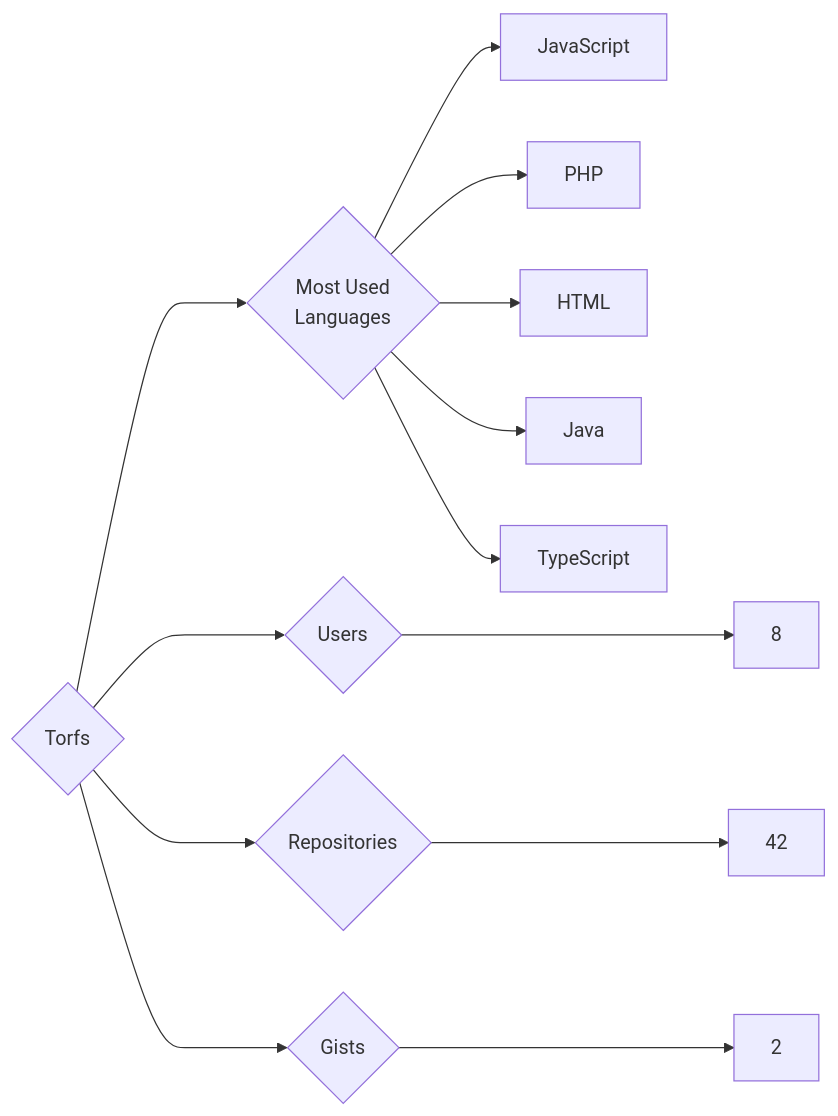
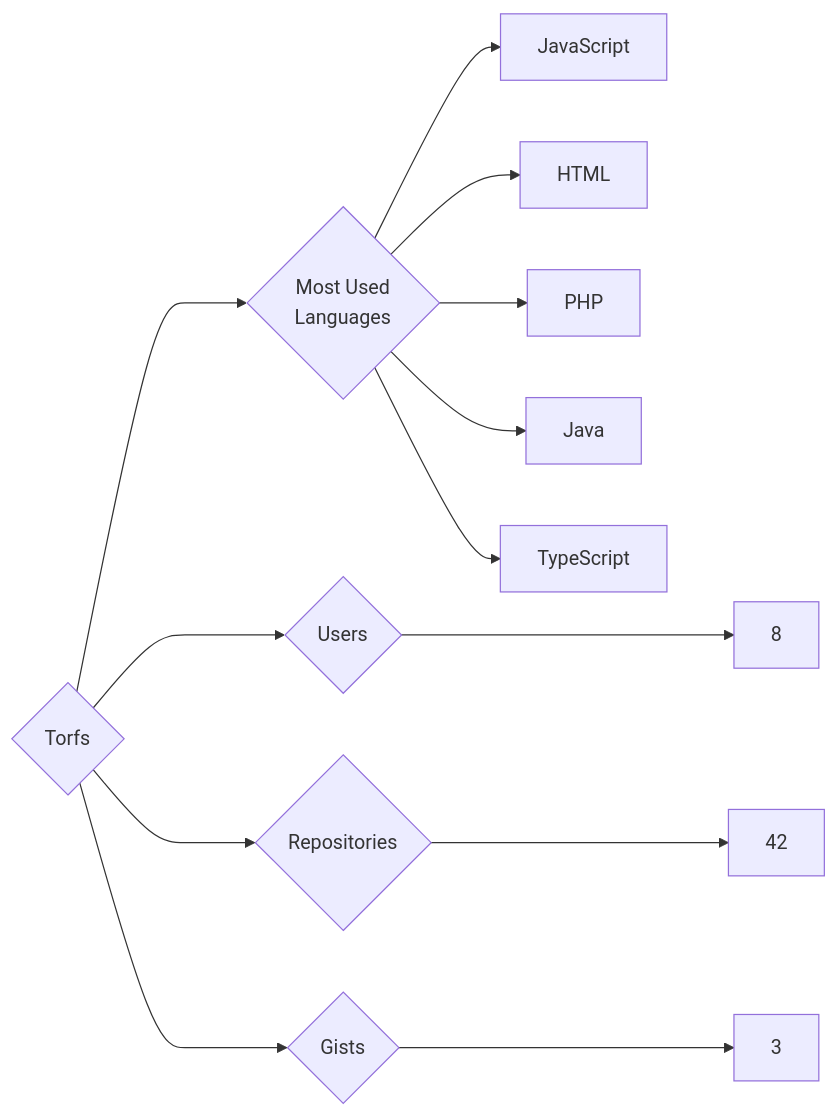
One commit to trickest/insiders changed the diagram in targets/Torfs/README.md. Above: the diagram before and after it, drawn with Mermaid. The commit also changed 964 other files, not shown here.

````diff
--- a/targets/Torfs/README.md
+++ b/targets/Torfs/README.md
@@ -3,13 +3,13 @@
 ```mermaid
 graph LR
 COMPANY_NAME{Torfs}
 COMPANY_NAME ---> U{Users} ---> UN[8]
 COMPANY_NAME ---> R{Repositories} ---> RN[42]
-COMPANY_NAME ---> G{Gists} ---> GN[2]
+COMPANY_NAME ---> G{Gists} ---> GN[3]
 COMPANY_NAME ---> ML{Most Used<br>Languages}
 ML --> JavaScript[JavaScript]
+ML --> HTML[HTML]
 ML --> PHP[PHP]
-ML --> HTML[HTML]
 ML --> Java[Java]
 ML --> TypeScript[TypeScript]
 ```
````
